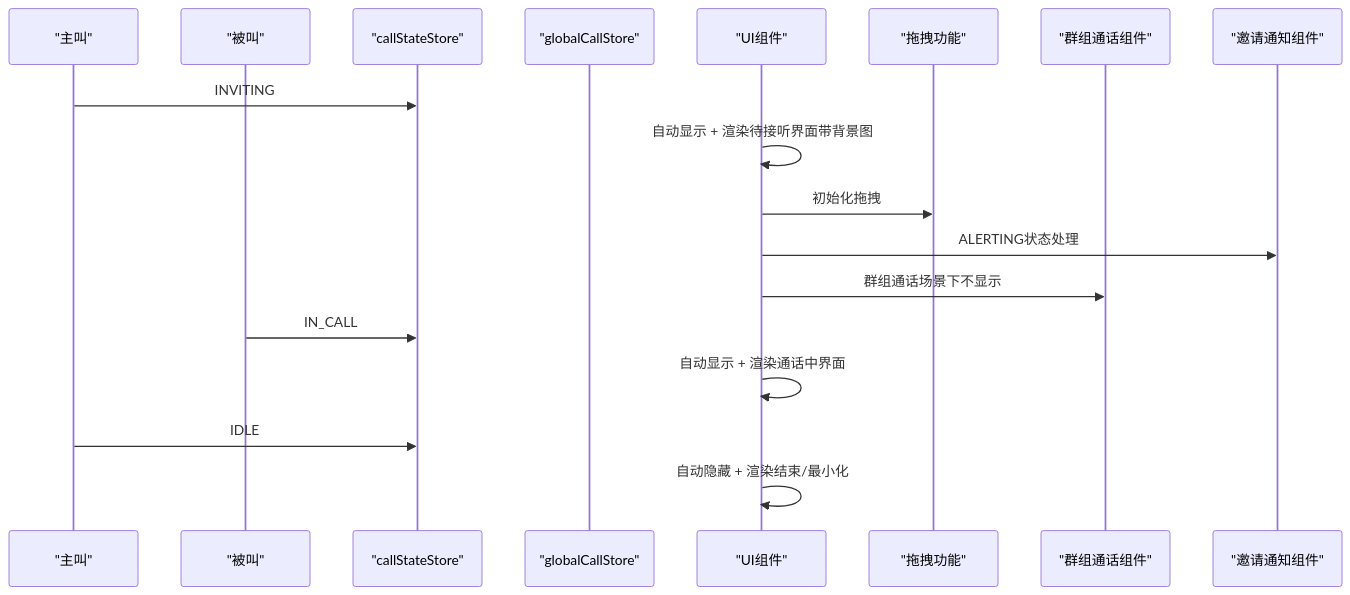
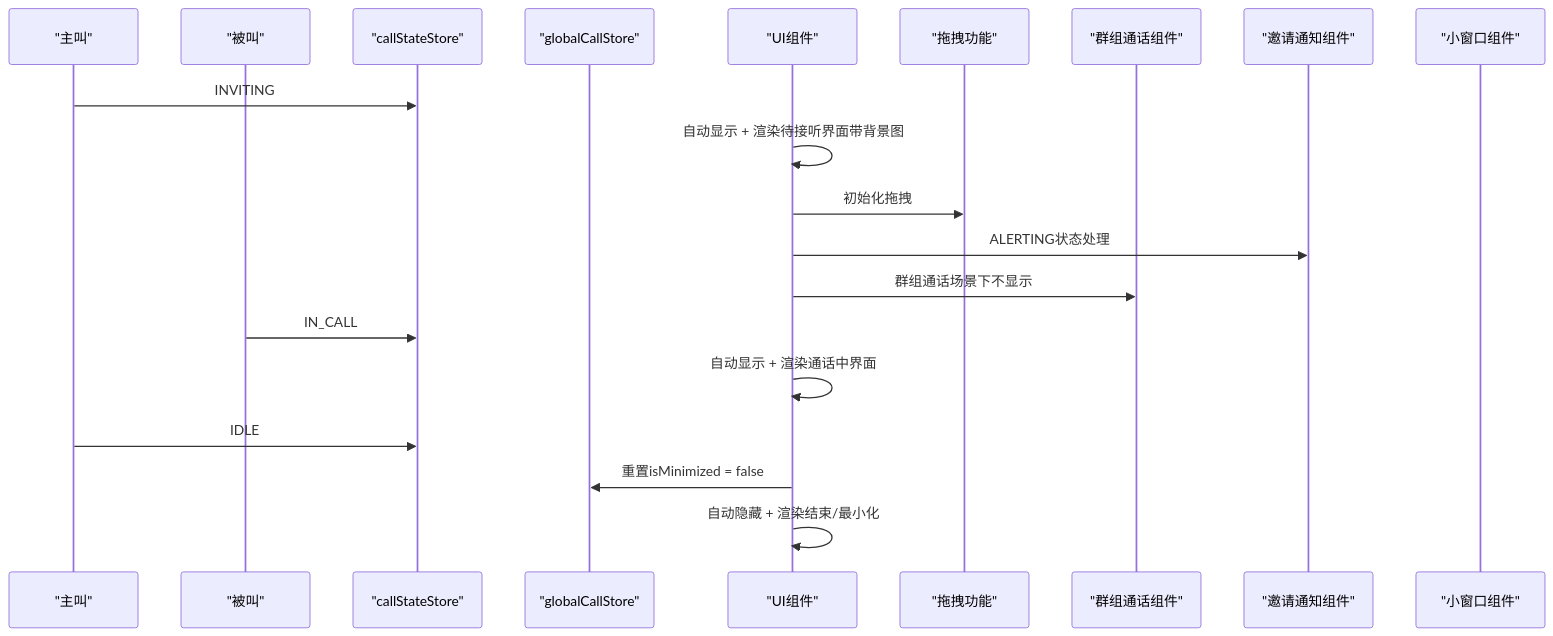
Before and after one commit to Easemob-Community/easemob-uikit-callkit-vue3: the seventh of 9 diagrams in .qoder/repowiki/zh/content/核心组件/单人通话组件/主组件 EasemobChatSingleCall.md, drawn with Mermaid. The commit also changed other lines of this file and 58 other files, not shown here.

````diff
--- a/.qoder/repowiki/zh/content/核心组件/单人通话组件/主组件 EasemobChatSingleCall.md
+++ b/.qoder/repowiki/zh/content/核心组件/单人通话组件/主组件 EasemobChatSingleCall.md
@@ -396,20 +467,22 @@
 ```mermaid
 sequenceDiagram
 participant Caller as "主叫"
 participant Callee as "被叫"
 participant CallStore as "callStateStore"
 participant GlobalStore as "globalCallStore"
 participant UI as "UI组件"
 participant Draggable as "拖拽功能"
 participant GroupCall as "群组通话组件"
 participant Invitation as "邀请通知组件"
+participant MiniWindow as "小窗口组件"
 Caller->>CallStore : INVITING
 UI->>UI : 自动显示 + 渲染待接听界面带背景图
 UI->>Draggable : 初始化拖拽
 UI->>Invitation : ALERTING状态处理
 UI->>GroupCall : 群组通话场景下不显示
 Callee->>CallStore : IN_CALL
 UI->>UI : 自动显示 + 渲染通话中界面
 Caller->>CallStore : IDLE
+UI->>GlobalStore : 重置isMinimized = false
 UI->>UI : 自动隐藏 + 渲染结束/最小化
 ```
````
